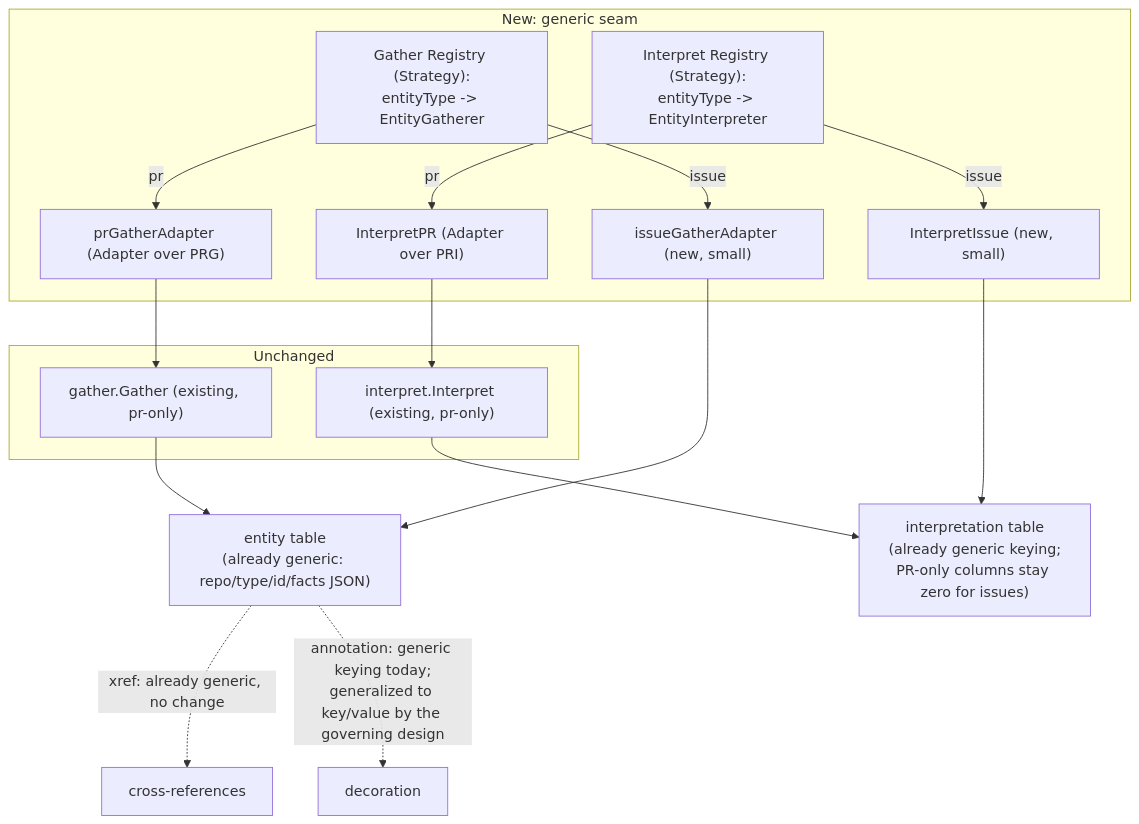
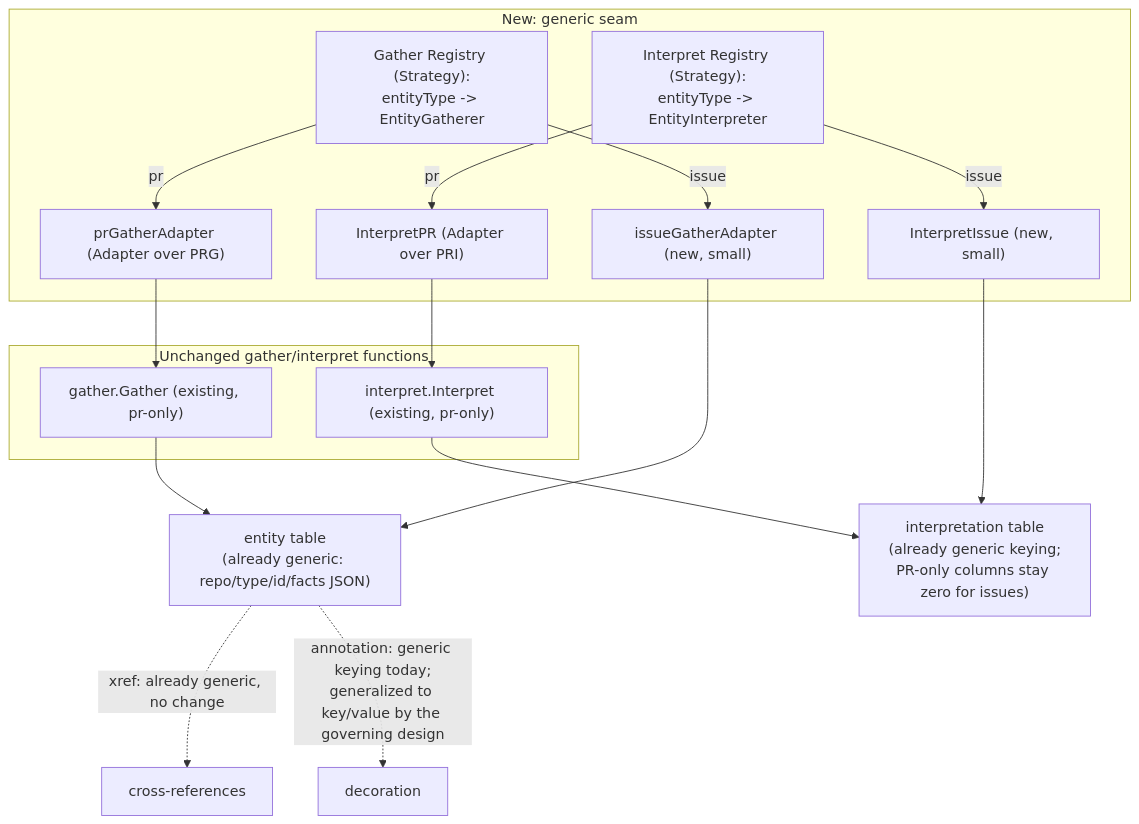
The diagram in docs/superpowers/specs/2026-09-23-pg-desk-generic-entity-pipeline-design.md (phillipgreenii/nix-agent-support), drawn with Mermaid before and after one commit. The commit also changed other lines of this file, not shown here.

````diff
--- a/docs/superpowers/specs/2026-09-23-pg-desk-generic-entity-pipeline-design.md
+++ b/docs/superpowers/specs/2026-09-23-pg-desk-generic-entity-pipeline-design.md
@@ -114,25 +116,25 @@
 ```mermaid
 flowchart TD
-    subgraph unchanged["Unchanged"]
+    subgraph unchanged["Unchanged gather/interpret functions"]
         PRG["gather.Gather (existing, pr-only)"]
         PRI["interpret.Interpret (existing, pr-only)"]
     end
     subgraph new["New: generic seam"]
         GREG["Gather Registry (Strategy):\nentityType -> EntityGatherer"]
         IREG["Interpret Registry (Strategy):\nentityType -> EntityInterpreter"]
         ISSG["issueGatherAdapter (new, small)"]
         ISSI["InterpretIssue (new, small)"]
         PRGA["prGatherAdapter (Adapter over PRG)"]
         PRIA["InterpretPR (Adapter over PRI)"]
     end
     GREG -->|"pr"| PRGA --> PRG
     GREG -->|"issue"| ISSG
     IREG -->|"pr"| PRIA --> PRI
     IREG -->|"issue"| ISSI
     PRG --> ENT["entity table\n(already generic: repo/type/id/facts JSON)"]
     ISSG --> ENT
     PRI --> INT["interpretation table\n(already generic keying;\nPR-only columns stay zero for issues)"]
     ISSI --> INT
     ENT -.->|"xref: already generic, no change"| XREF["cross-references"]
     ENT -.->|"annotation: generic keying today;\ngeneralized to key/value by the governing design"| ANNO["decoration"]
 ```
````
